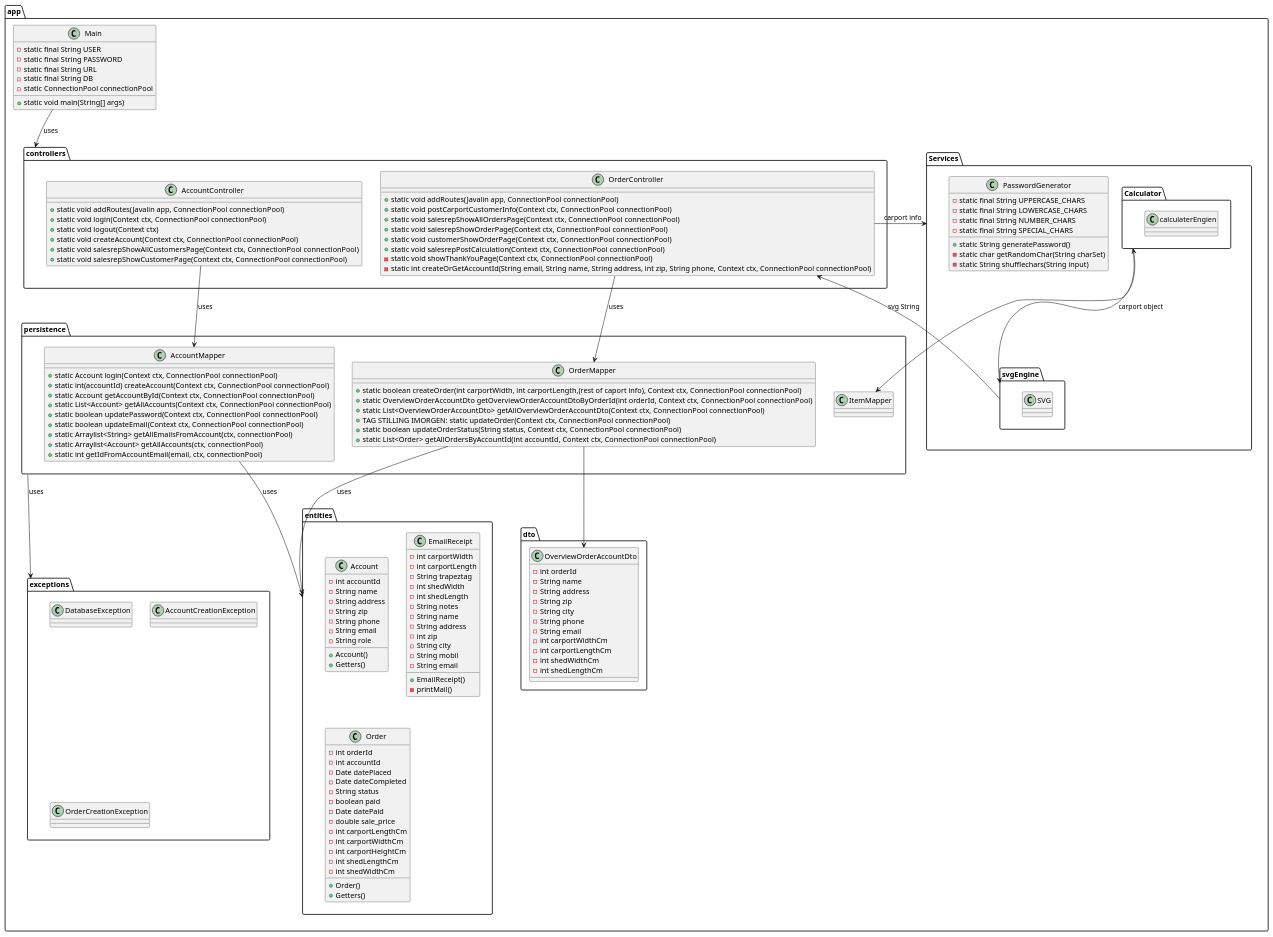
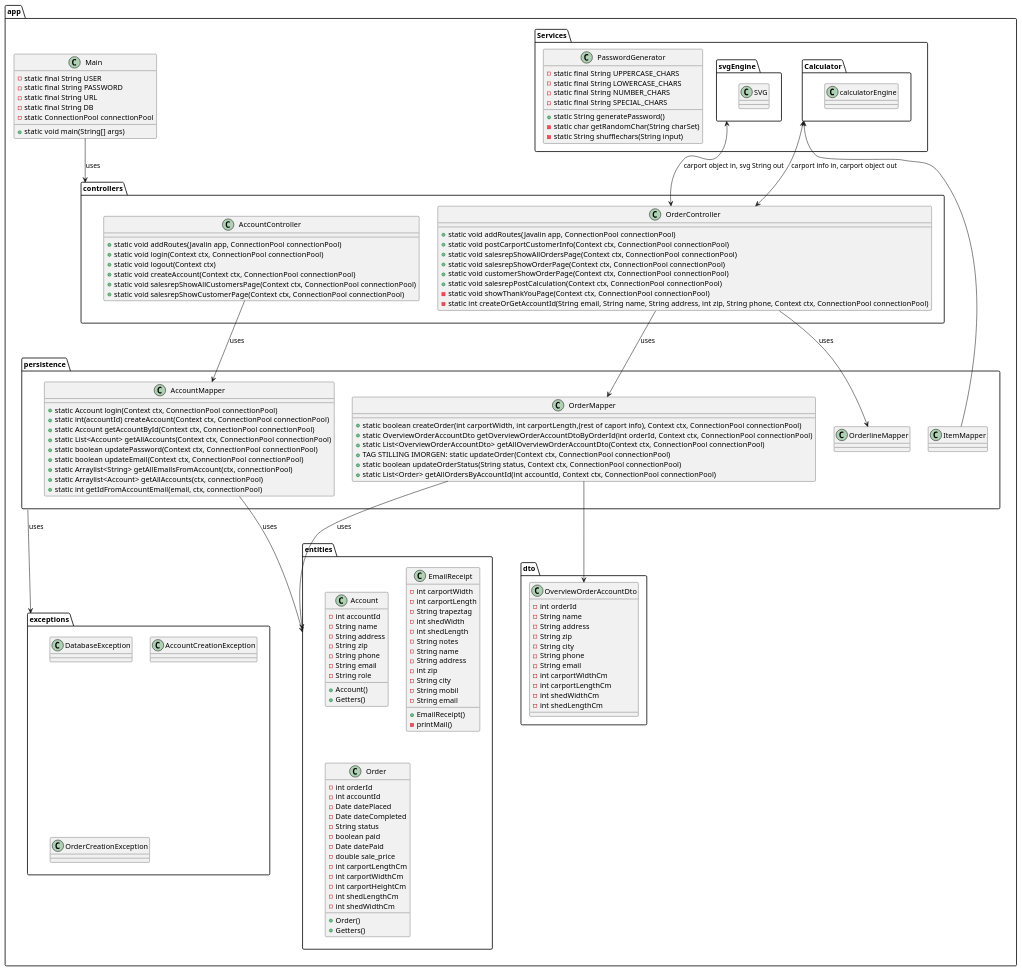
The diagram in src/design/ClassDiagram.puml (mrPrimeBeef/FogCarport), drawn with PlantUML before and after one commit.

Commit message:
Updates to class diagram

```diff
--- a/src/design/ClassDiagram.puml
+++ b/src/design/ClassDiagram.puml
@@ -1,193 +1,197 @@
 @startuml
 package app {
 
   class Main {
     - static final String USER
     - static final String PASSWORD
     - static final String URL
     - static final String DB
     - static ConnectionPool connectionPool
     + static void main(String[] args)
 
   }
 
 
   package controllers {
     class AccountController{
     + static void addRoutes(Javalin app, ConnectionPool connectionPool)
     + static void login(Context ctx, ConnectionPool connectionPool)
     + static void logout(Context ctx)
     + static void createAccount(Context ctx, ConnectionPool connectionPool)
     + static void salesrepShowAllCustomersPage(Context ctx, ConnectionPool connectionPool)
     + static void salesrepShowCustomerPage(Context ctx, ConnectionPool connectionPool)
       }
     class OrderController{
     + static void addRoutes(Javalin app, ConnectionPool connectionPool)
     + static void postCarportCustomerInfo(Context ctx, ConnectionPool connectionPool)
     + static void salesrepShowAllOrdersPage(Context ctx, ConnectionPool connectionPool)
     + static void salesrepShowOrderPage(Context ctx, ConnectionPool connectionPool)
     + static void customerShowOrderPage(Context ctx, ConnectionPool connectionPool)
     + static void salesrepPostCalculation(Context ctx, ConnectionPool connectionPool)
     - static void showThankYouPage(Context ctx, ConnectionPool connectionPool)
     - static int createOrGetAccountId(String email, String name, String address, int zip, String phone, Context ctx, ConnectionPool connectionPool)
     }
   }
 
   package persistence {
     class AccountMapper{
       + static Account login(Context ctx, ConnectionPool connectionPool)
       + static int(accountId) createAccount(Context ctx, ConnectionPool connectionPool)
       + static Account getAccountById(Context ctx, ConnectionPool connectionPool)
       + static List<Account> getAllAccounts(Context ctx, ConnectionPool connectionPool)
       + static boolean updatePassword(Context ctx, ConnectionPool connectionPool)
       + static boolean updateEmail(Context ctx, ConnectionPool connectionPool)
       + static Arraylist<String> getAllEmailsFromAccount(ctx, connectionPool)
       + static Arraylist<Account> getAllAccounts(ctx, connectionPool)
       + static int getIdFromAccountEmail(email, ctx, connectionPool)
 
     }
     class OrderMapper{
     + static boolean createOrder(int carportWidth, int carportLength,(rest of caport info), Context ctx, ConnectionPool connectionPool)
     + static OverviewOrderAccountDto getOverviewOrderAccountDtoByOrderId(int orderId, Context ctx, ConnectionPool connectionPool)
     + static List<OverviewOrderAccountDto> getAllOverviewOrderAccountDto(Context ctx, ConnectionPool connectionPool)
     + TAG STILLING IMORGEN: static updateOrder(Context ctx, ConnectionPool connectionPool)
     + static boolean updateOrderStatus(String status, Context ctx, ConnectionPool connectionPool)
     + static List<Order> getAllOrdersByAccountId(int accountId, Context ctx, ConnectionPool connectionPool)
     }
+    class OrderlineMapper{
+
+    }
+
     class ItemMapper{
 
     }
   }
 
   package Services{
   package svgEngine {
   class SVG{
   }
   }
   package Calculator{
-  class calculaterEngien{
+  class calculatorEngine{
   }
   }
   class PasswordGenerator{
     - static final String UPPERCASE_CHARS
     - static final String LOWERCASE_CHARS
     - static final String NUMBER_CHARS
     - static final String SPECIAL_CHARS
     + static String generatePassword()
     - static char getRandomChar(String charSet)
     - static String shufflechars(String input)
     }
   }
 
   package entities{
      class Account{
         - int accountId
         - String name
         - String address
         - String zip
         - String phone
         - String email
         - String role
         + Account()
         + Getters()
      }
 
      class EmailReceipt{
      - int carportWidth
      - int carportLength
      - String trapeztag
      -int shedWidth
      - int shedLength
      - String notes
      - String name
      - String address
      - int zip
      - String city
      - String mobil
      - String email
      + EmailReceipt()
      - printMail()
 
      }
 
      class Order {
              -int orderId
              -int accountId
              -Date datePlaced
              -Date dateCompleted
              -String status
              -boolean paid
              -Date datePaid
              -double sale_price
              -int carportLengthCm
              -int carportWidthCm
              -int carportHeightCm
              -int shedLengthCm
              -int shedWidthCm
              +Order()
              +Getters()
          }
 '     class Orderlines {
 '         - int orderNumber
 '         - int cupcakeId
 '         - int quantity
 '         + OrderLines(int orderNumber, int cupcakeId, int quantity)
 '         + int getOrderNumber()
 '         + int getCupcakeId()
 '         + int getQuantity()
 '         + calculateSubtotal(Cupcake cupcake)
 '         + toString()
 '         }
 
   }
 
   package dto {
 
     class OverviewOrderAccountDto {
        - int orderId
        - String name
        - String address
        - String zip
        - String city
        - String phone
        - String email
        - int carportWidthCm
        - int carportLengthCm
        - int shedWidthCm
        - int shedLengthCm
        }
 
   }
 
   package exceptions {
 
   class DatabaseException{
   }
 
   class AccountCreationException{
   }
   class OrderCreationException{
   }
   }
 
   }
 
     Main --> controllers : uses
 
     AccountController --> AccountMapper : uses
     OrderController --> OrderMapper : uses
     OrderMapper --> OverviewOrderAccountDto
 
     AccountMapper --> entities : uses
     OrderMapper --> entities : uses
 
     persistence -->  exceptions : uses
 
-    Calculator --> svgEngine : carport object
+    Calculator <--> OrderController : carport info in, carport object out
 
-    svgEngine --> OrderController : svg String
+    svgEngine <--> OrderController : carport object in, svg String out
 
-    Calculator <--> ItemMapper
+    Calculator <-- ItemMapper
 
-    OrderController --> Services : carport info
+    OrderController --> OrderlineMapper : uses
 @enduml
```
